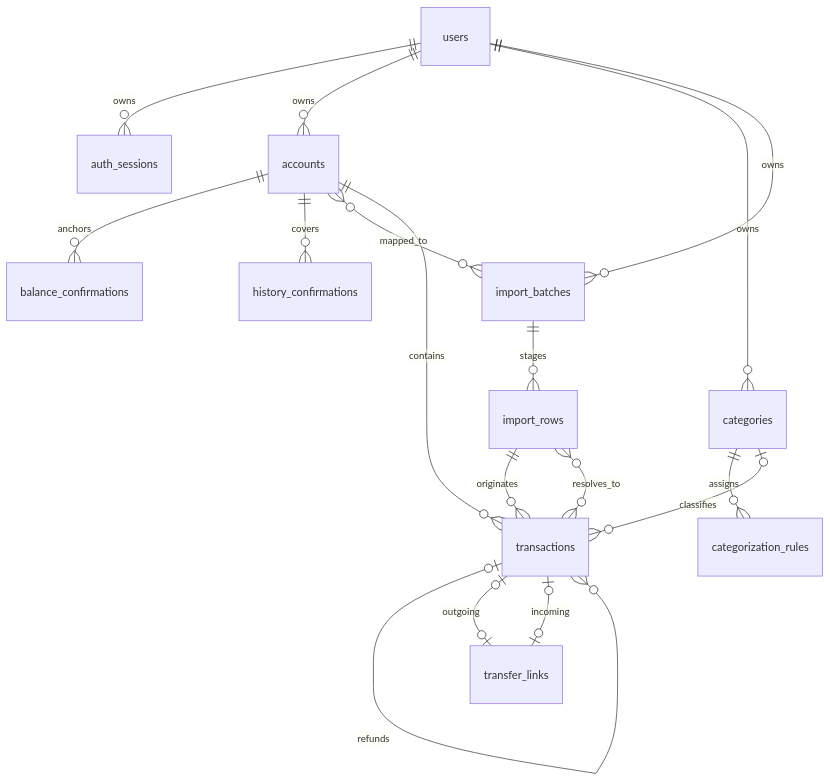
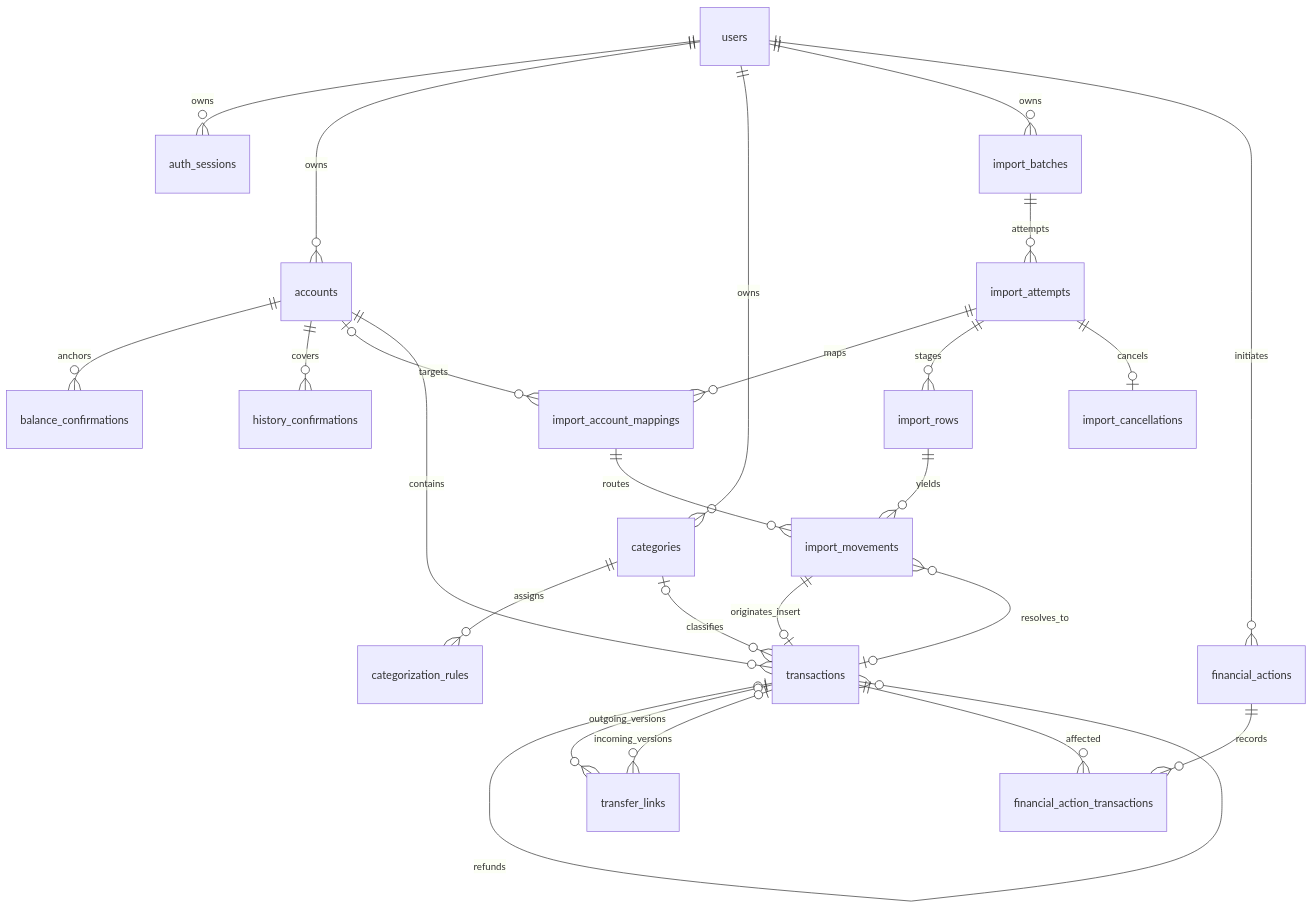
Before and after one commit to farafon666/FinanceIQ: the diagram in docs/DOMAIN_MODEL.md, drawn with Mermaid. The commit also changed other lines of this file and 6 other files, not shown here.

Commit message:
docs: reconcile domain model, database schema, and financial invariants for task 0.13

````diff
--- a/docs/DOMAIN_MODEL.md
+++ b/docs/DOMAIN_MODEL.md
@@ -48,19 +53,27 @@
 ```mermaid
 erDiagram
     users ||--o{ auth_sessions : owns
     users ||--o{ accounts : owns
     users ||--o{ categories : owns
     categories ||--o{ categorization_rules : assigns
     accounts ||--o{ balance_confirmations : anchors
     accounts ||--o{ history_confirmations : covers
     users ||--o{ import_batches : owns
-    accounts }o--o{ import_batches : mapped_to
-    import_batches ||--o{ import_rows : stages
+    import_batches ||--o{ import_attempts : attempts
+    import_attempts ||--o{ import_account_mappings : maps
+    accounts o|--o{ import_account_mappings : targets
+    import_attempts ||--o{ import_rows : stages
+    import_rows ||--o{ import_movements : yields
+    import_account_mappings ||--o{ import_movements : routes
+    import_attempts ||--o| import_cancellations : cancels
     accounts ||--o{ transactions : contains
-    import_rows ||--o{ transactions : originates
-    transactions }o--o{ import_rows : resolves_to
+    import_movements ||--o| transactions : originates_insert
+    transactions o|--o{ import_movements : resolves_to
     categories o|--o{ transactions : classifies
     transactions o|--o{ transactions : refunds
-    transactions o|--o| transfer_links : outgoing
-    transactions o|--o| transfer_links : incoming
+    transactions o|--o{ transfer_links : outgoing_versions
+    transactions o|--o{ transfer_links : incoming_versions
+    users ||--o{ financial_actions : initiates
+    financial_actions ||--o{ financial_action_transactions : records
+    transactions ||--o{ financial_action_transactions : affected
 ```
````
